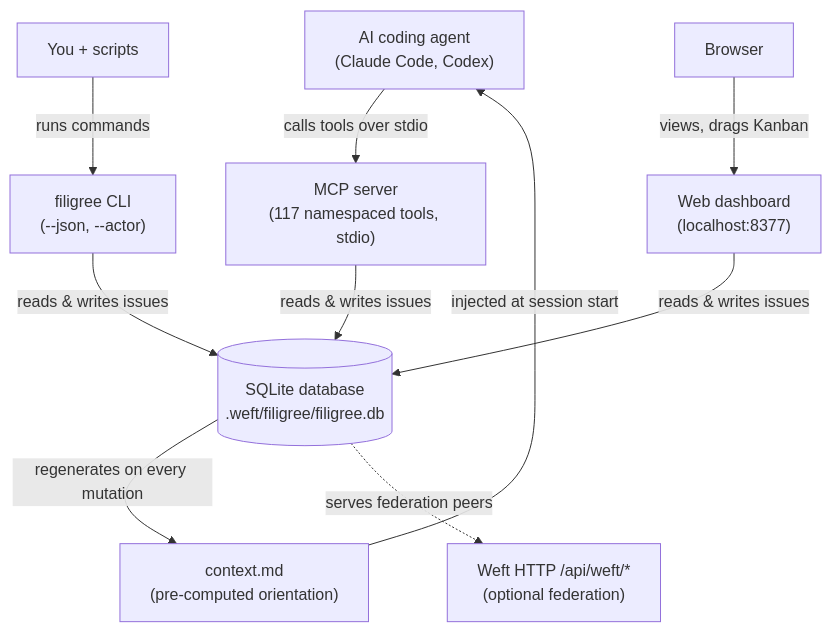
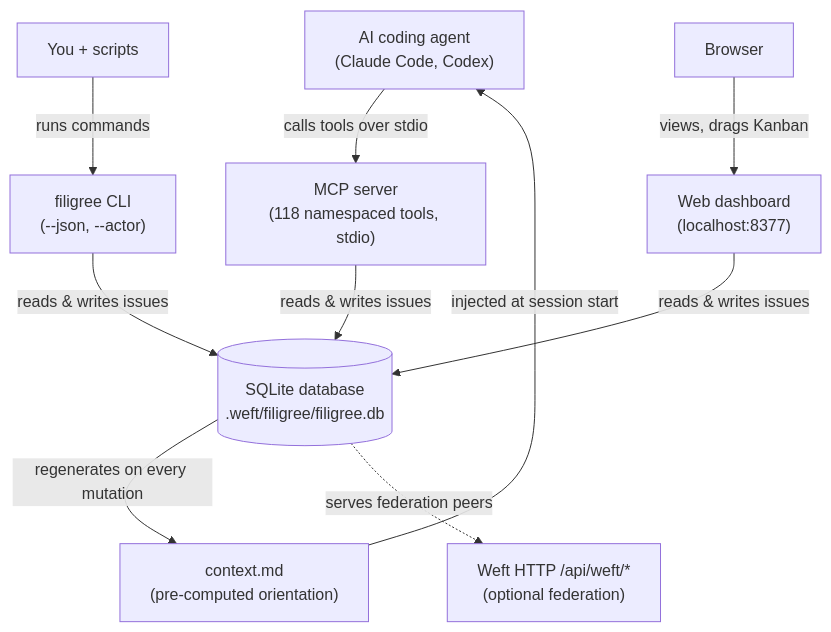
The first of 3 diagrams in README.md (foundryside-dev/filigree), drawn with Mermaid before and after one commit. The commit also changed other lines of this file and 14 other files, not shown here.

````diff
--- a/README.md
+++ b/README.md
@@ -46,27 +46,27 @@
 ```mermaid
 flowchart TD
     Agent["AI coding agent<br/>(Claude Code, Codex)"]
     Human["You + scripts"]
     Browser["Browser"]
 
-    MCP["MCP server<br/>(117 namespaced tools, stdio)"]
+    MCP["MCP server<br/>(118 namespaced tools, stdio)"]
     CLI["filigree CLI<br/>(--json, --actor)"]
     Dash["Web dashboard<br/>(localhost:8377)"]
 
     DB[("SQLite database<br/>.weft/filigree/filigree.db")]
     Ctx["context.md<br/>(pre-computed orientation)"]
     Weft["Weft HTTP /api/weft/*<br/>(optional federation)"]
 
     Agent -->|"calls tools over stdio"| MCP
     Human -->|"runs commands"| CLI
     Browser -->|"views, drags Kanban"| Dash
 
     MCP -->|"reads & writes issues"| DB
     CLI -->|"reads & writes issues"| DB
     Dash -->|"reads & writes issues"| DB
 
     DB -->|"regenerates on every mutation"| Ctx
     Ctx -->|"injected at session start"| Agent
 
     DB -.->|"serves federation peers"| Weft
 ```
````
